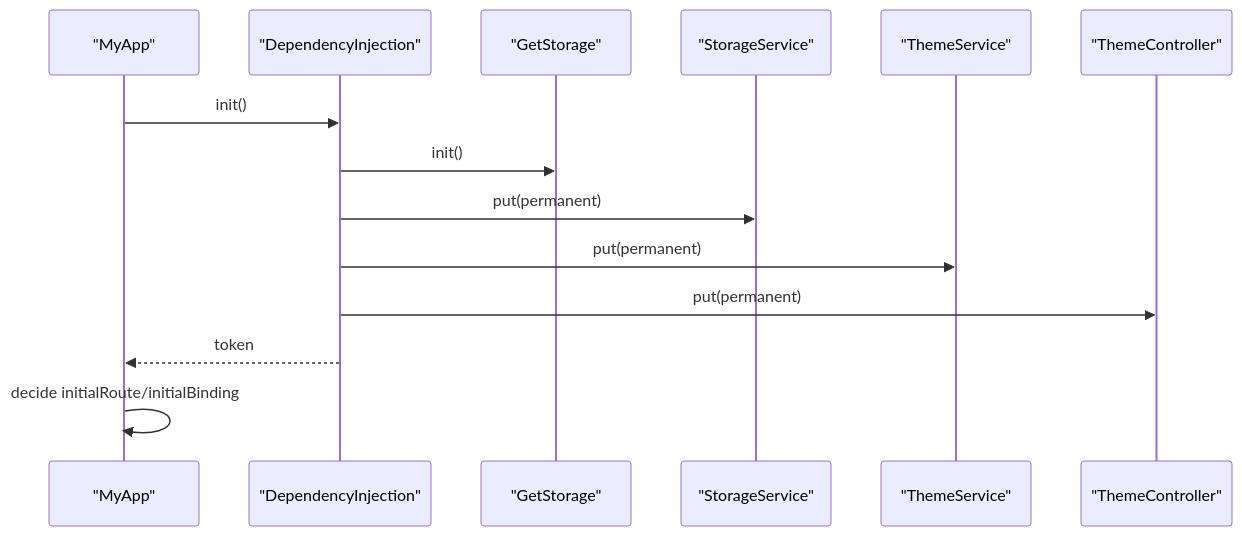
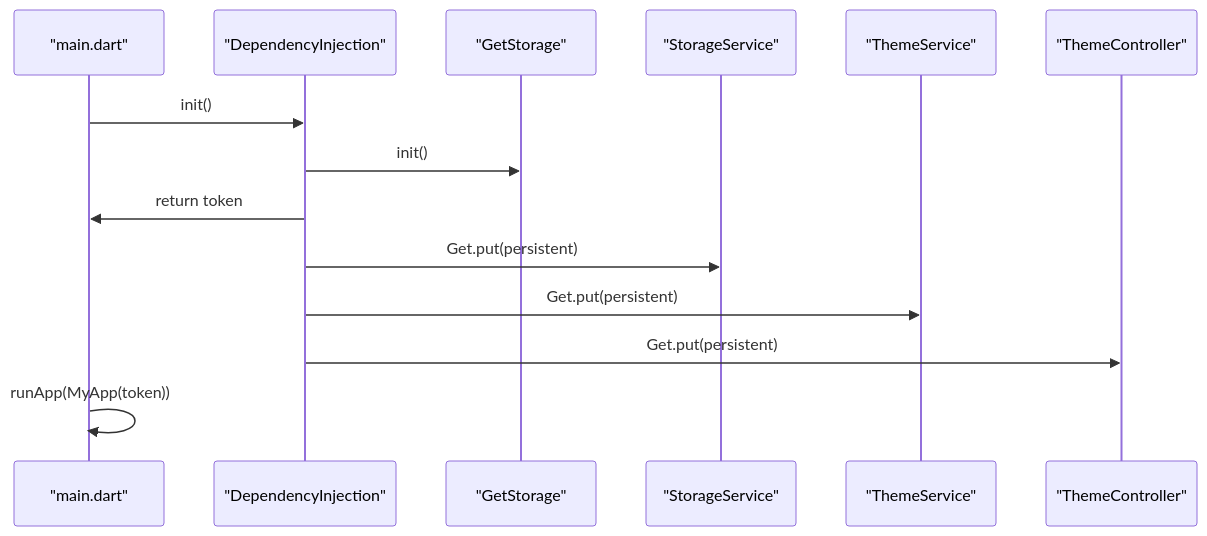
One commit to Ariful3111/FurniGo changed the third of 8 diagrams in .qoder/repowiki/en/content/Architecture Overview/Architecture Overview.md. Above: the diagram before and after it, drawn with Mermaid. The commit also changed other lines of this file and 115 other files, not shown here.

````diff
--- a/.qoder/repowiki/en/content/Architecture Overview/Architecture Overview.md
+++ b/.qoder/repowiki/en/content/Architecture Overview/Architecture Overview.md
@@ -147,16 +151,16 @@
 ```mermaid
 sequenceDiagram
-participant App as "MyApp"
+participant Main as "main.dart"
 participant DI as "DependencyInjection"
 participant GS as "GetStorage"
-participant SS as "StorageService"
-participant TS as "ThemeService"
+participant ST as "StorageService"
+participant TH as "ThemeService"
 participant TC as "ThemeController"
-App->>DI : init()
+Main->>DI : init()
 DI->>GS : init()
-DI->>SS : put(permanent)
-DI->>TS : put(permanent)
-DI->>TC : put(permanent)
-DI-->>App : token
-App->>App : decide initialRoute/initialBinding
+DI->>Main : return token
+DI->>ST : Get.put(persistent)
+DI->>TH : Get.put(persistent)
+DI->>TC : Get.put(persistent)
+Main->>Main : runApp(MyApp(token))
 ```
````
